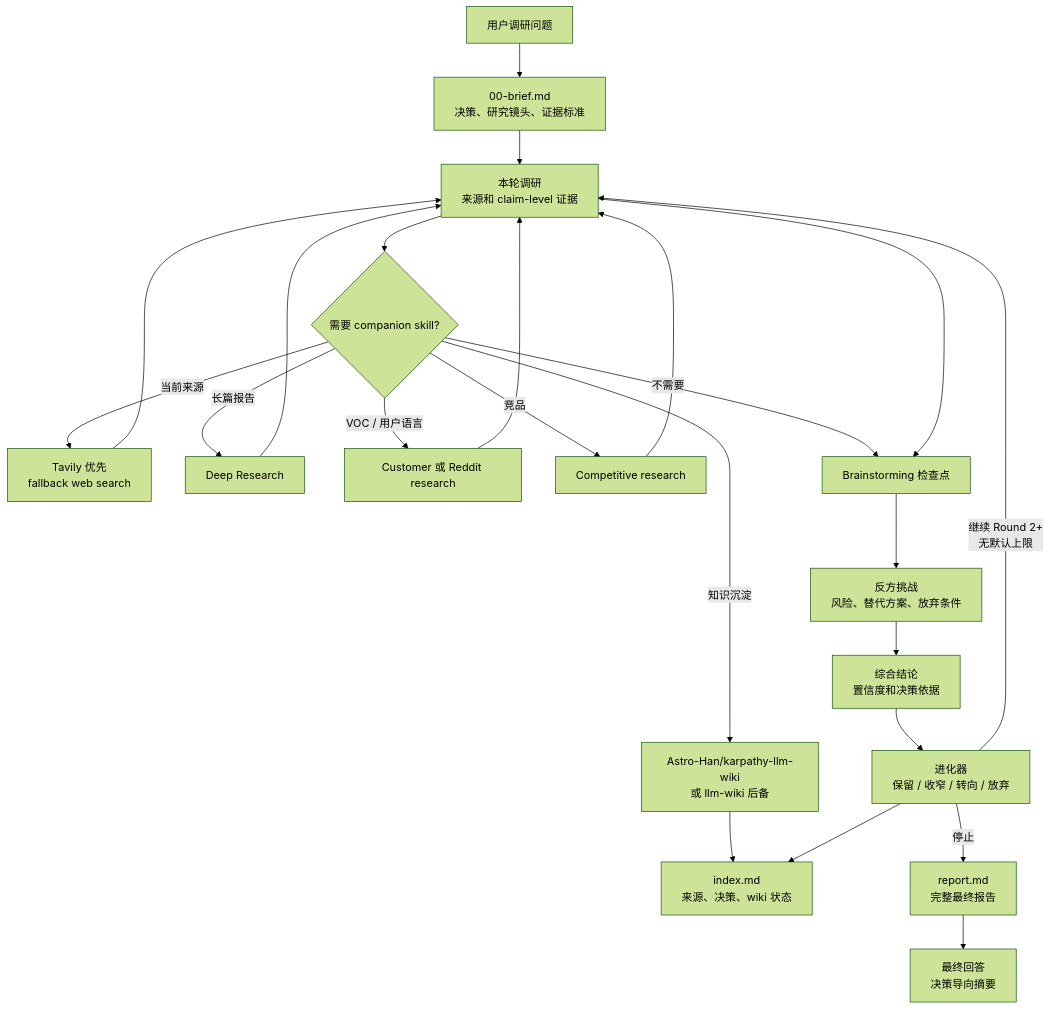
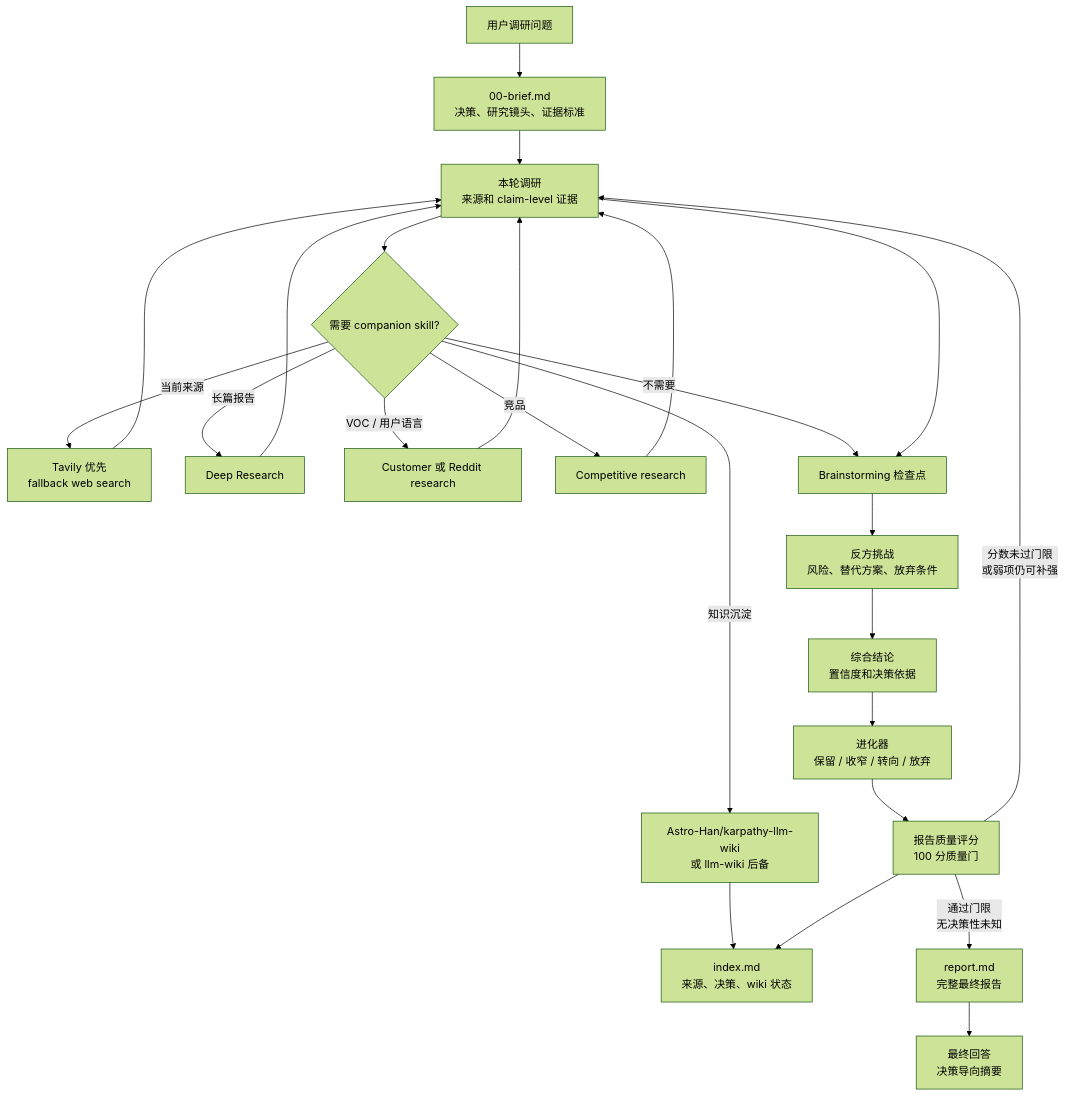
The diagram in README.zh-CN.md (GoatGit/super-survey), drawn with Mermaid (forest theme) before and after one commit. The commit also changed other lines of this file and 5 other files, not shown here.

````diff
--- a/README.zh-CN.md
+++ b/README.zh-CN.md
@@ -111,25 +127,26 @@
 ```mermaid
 flowchart TD
     A[用户调研问题] --> B[00-brief.md<br/>决策、研究镜头、证据标准]
     B --> C[本轮调研<br/>来源和 claim-level 证据]
     C --> D{需要 companion skill?}
     D -->|当前来源| D1[Tavily 优先<br/>fallback web search]
     D -->|长篇报告| D2[Deep Research]
     D -->|VOC / 用户语言| D3[Customer 或 Reddit research]
     D -->|竞品| D4[Competitive research]
     D -->|知识沉淀| D5[Astro-Han/karpathy-llm-wiki<br/>或 llm-wiki 后备]
     D -->|不需要| E[Brainstorming 检查点]
     D1 --> C
     D2 --> C
     D3 --> C
     D4 --> C
     D5 --> I[index.md]
     C --> E[Brainstorming 检查点]
     E --> F[反方挑战<br/>风险、替代方案、放弃条件]
     F --> G[综合结论<br/>置信度和决策依据]
     G --> H[进化器<br/>保留 / 收窄 / 转向 / 放弃]
-    H --> I[index.md<br/>来源、决策、wiki 状态]
-    H -->|继续 Round 2+<br/>无默认上限| C
-    H -->|停止| J[report.md<br/>完整最终报告]
+    H --> Q[报告质量评分<br/>100 分质量门]
+    Q --> I[index.md<br/>来源、决策、wiki 状态]
+    Q -->|分数未过门限<br/>或弱项仍可补强| C
+    Q -->|通过门限<br/>无决策性未知| J[report.md<br/>完整最终报告]
     J --> K[最终回答<br/>决策导向摘要]
 ```
````
